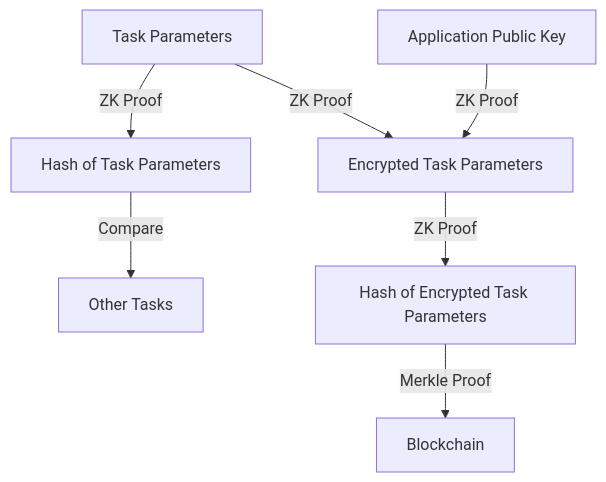
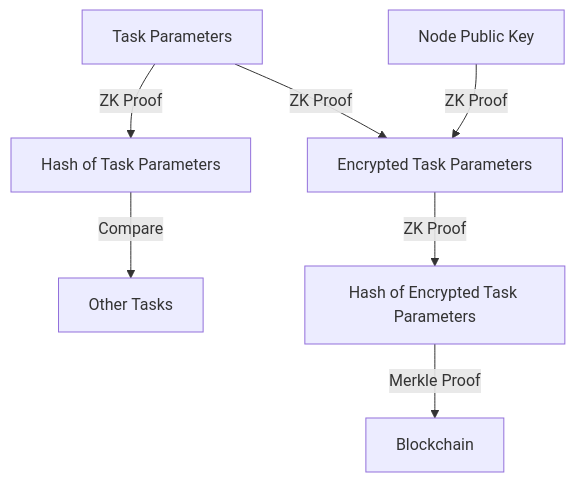
Before and after one commit to crynux-ai/documentation: the third of 6 diagrams in gitbook/system-design/verifiable-secret-sampling.md, drawn with Mermaid. The commit also changed other lines of this file, not shown here.

````diff
--- a/gitbook/system-design/verifiable-secret-sampling.md
+++ b/gitbook/system-design/verifiable-secret-sampling.md
@@ -236,9 +236,9 @@
 ```mermaid
 graph TD
   tp[Task Parameters] --> |ZK Proof| hash[Hash of Task Parameters]
   hash --> |Compare| ot[Other Tasks]
   tp --> |ZK Proof| etp[Encrypted Task Parameters]
-  pk[Application Public Key] --> |ZK Proof| etp
+  pk[Node Public Key] --> |ZK Proof| etp
   etp --> |ZK Proof| hetp[Hash of Encrypted Task Parameters]
   hetp --> |Merkle Proof| bc[Blockchain]
 ```
````
